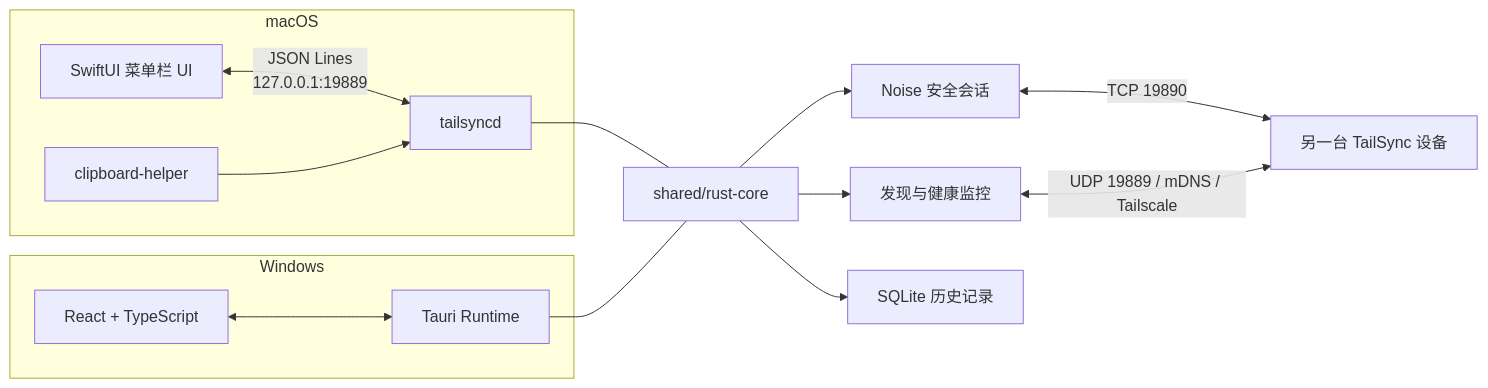
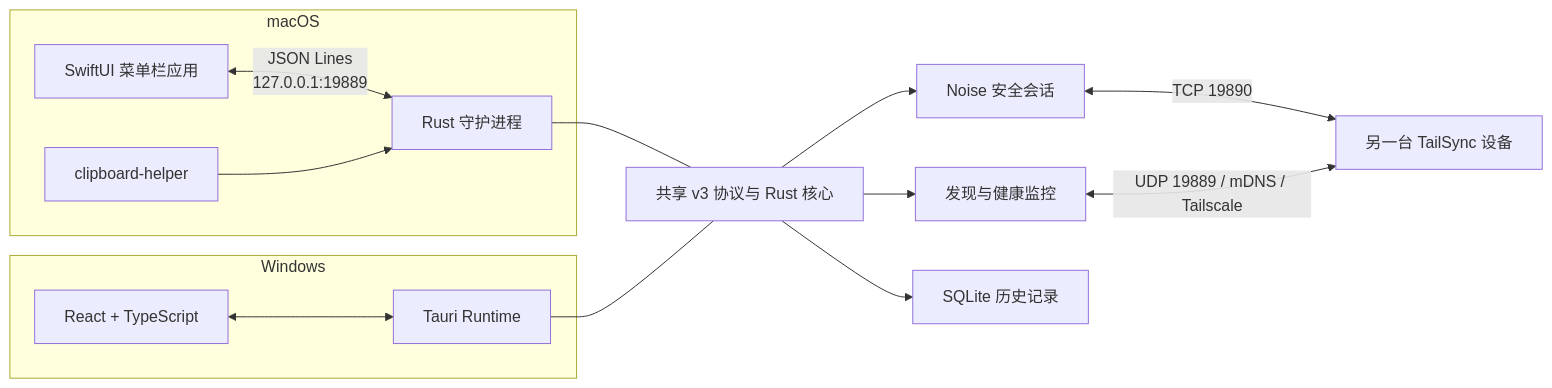
The diagram in README.md (monet4070/TailSync), drawn with Mermaid before and after one commit. The commit also changed other lines of this file and 36 other files, not shown here.

````diff
--- a/README.md
+++ b/README.md
@@ -78,24 +68,24 @@
 ```mermaid
 flowchart LR
     subgraph Mac[macOS]
-        S[SwiftUI 菜单栏 UI]
-        D[tailsyncd]
+        S[SwiftUI 菜单栏应用]
+        D[Rust 守护进程]
         H[clipboard-helper]
         S <-->|JSON Lines<br/>127.0.0.1:19889| D
         H --> D
     end
 
     subgraph Win[Windows]
         R[React + TypeScript]
         T[Tauri Runtime]
         R <--> T
     end
 
-    D --- C[shared/rust-core]
+    D --- C[共享 v3 协议与 Rust 核心]
     T --- C
     C --> P[发现与健康监控]
     C --> N[Noise 安全会话]
     C --> DB[SQLite 历史记录]
     N <-->|TCP 19890| Peer[另一台 TailSync 设备]
     P <-->|UDP 19889 / mDNS / Tailscale| Peer
 ```
````
